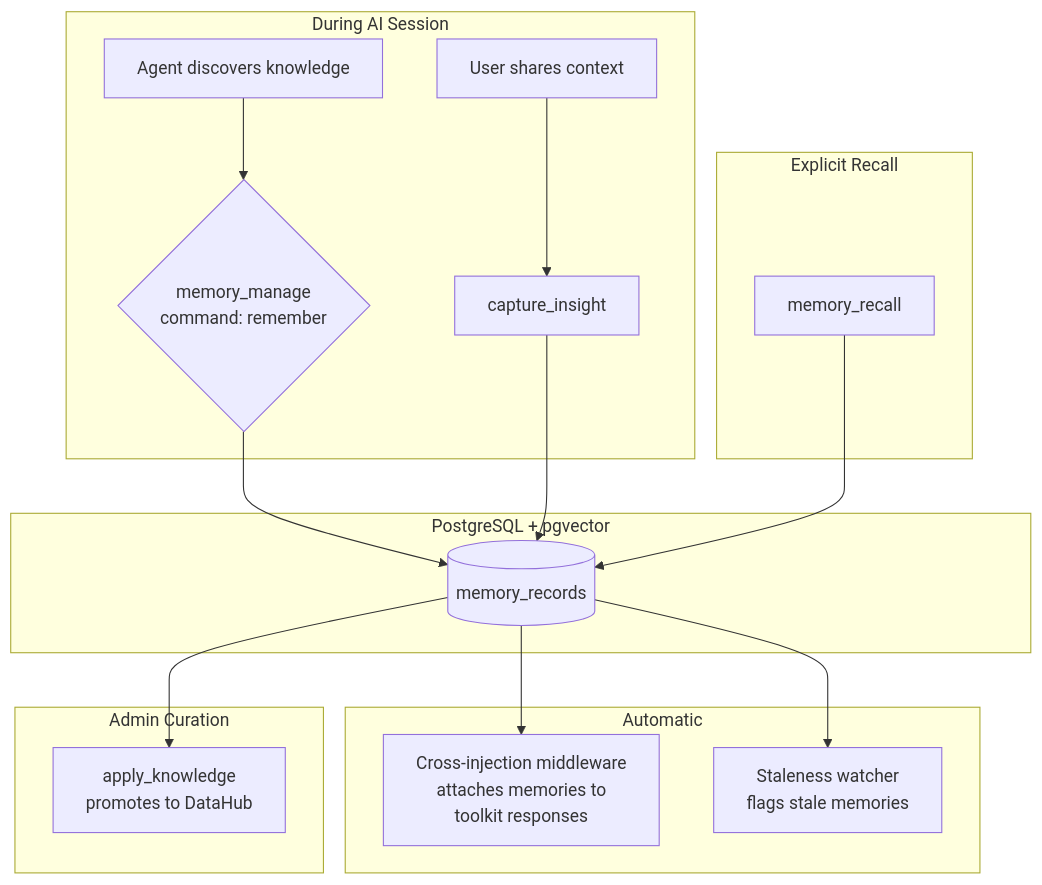
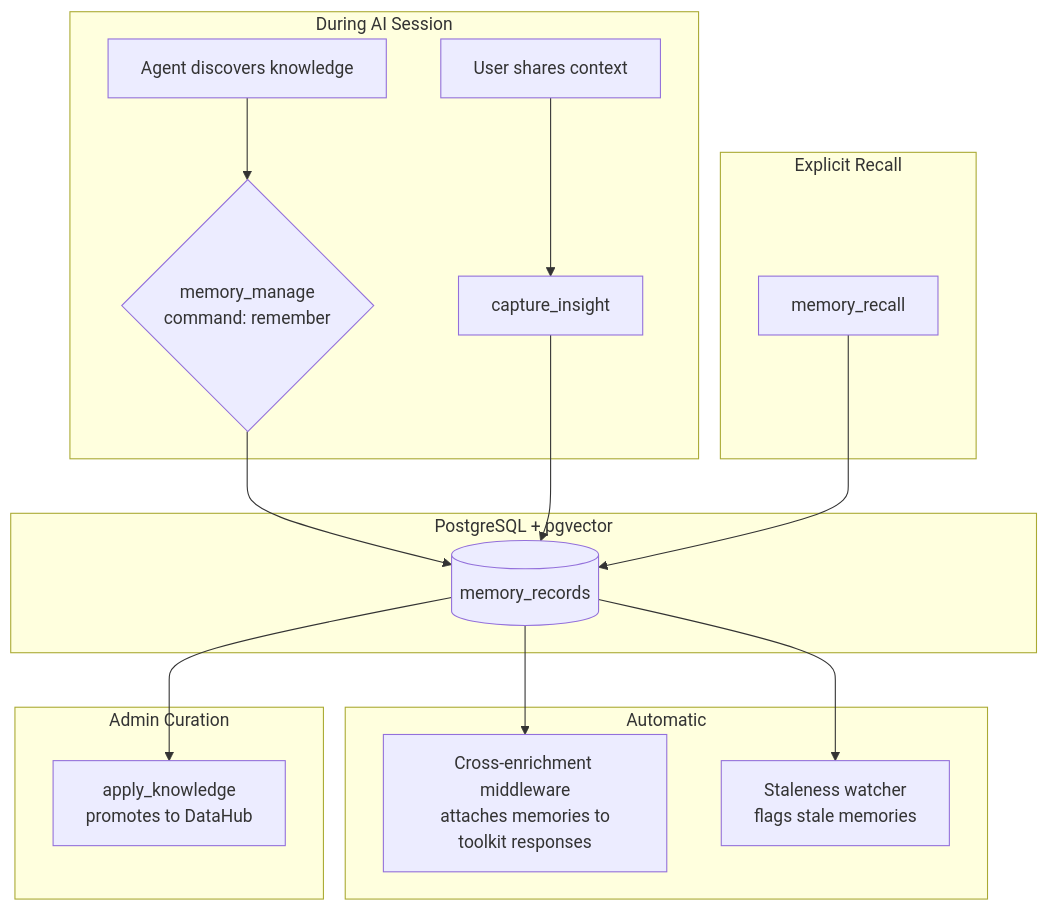
Before and after one commit to txn2/mcp-data-platform: the diagram in docs/memory/overview.md, drawn with Mermaid. The commit also changed other lines of this file and 28 other files, not shown here.

````diff
--- a/docs/memory/overview.md
+++ b/docs/memory/overview.md
@@ -15,25 +15,25 @@
 ```mermaid
 flowchart TB
     subgraph "During AI Session"
         A[Agent discovers knowledge] --> B{memory_manage<br/>command: remember}
         C[User shares context] --> D[capture_insight]
     end
 
     subgraph "PostgreSQL + pgvector"
         B --> E[(memory_records)]
         D --> E
     end
 
     subgraph "Automatic"
-        E --> F[Cross-injection middleware<br/>attaches memories to<br/>toolkit responses]
+        E --> F[Cross-enrichment middleware<br/>attaches memories to<br/>toolkit responses]
         E --> G[Staleness watcher<br/>flags stale memories]
     end
 
     subgraph "Explicit Recall"
         H[memory_recall] --> E
     end
 
     subgraph "Admin Curation"
         E --> I[apply_knowledge<br/>promotes to DataHub]
     end
 ```
````
